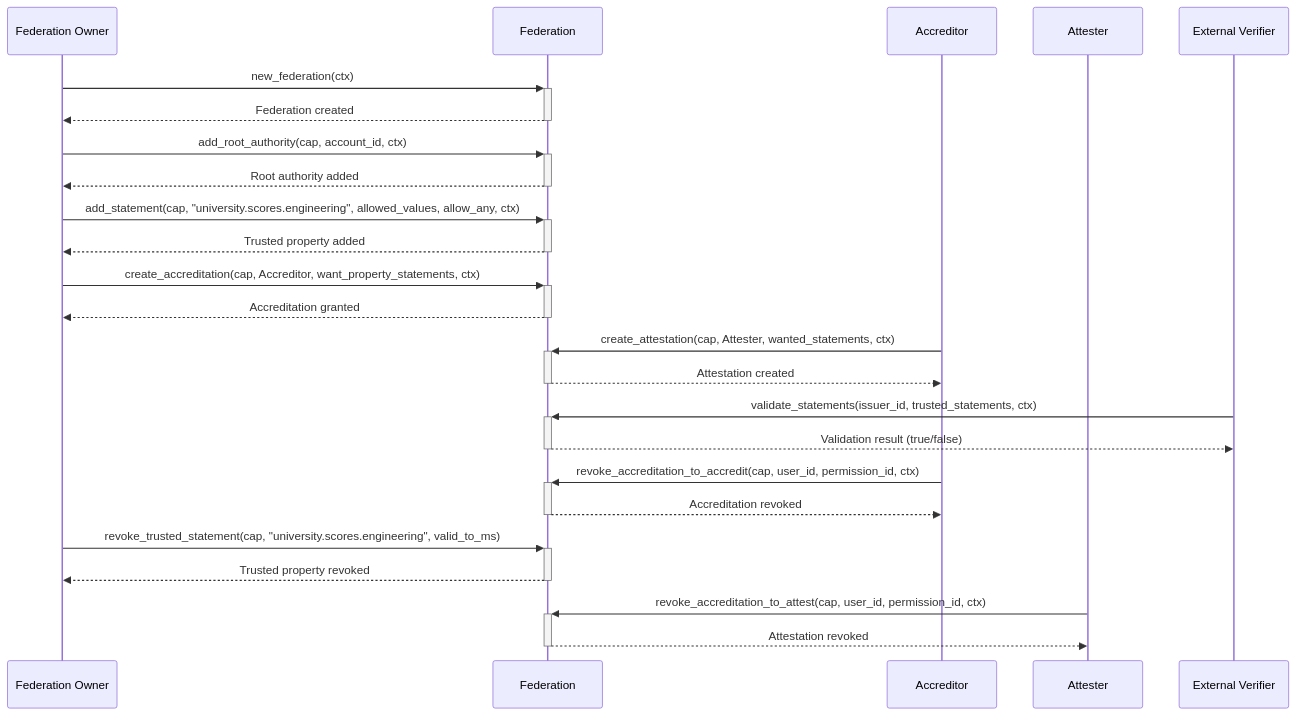
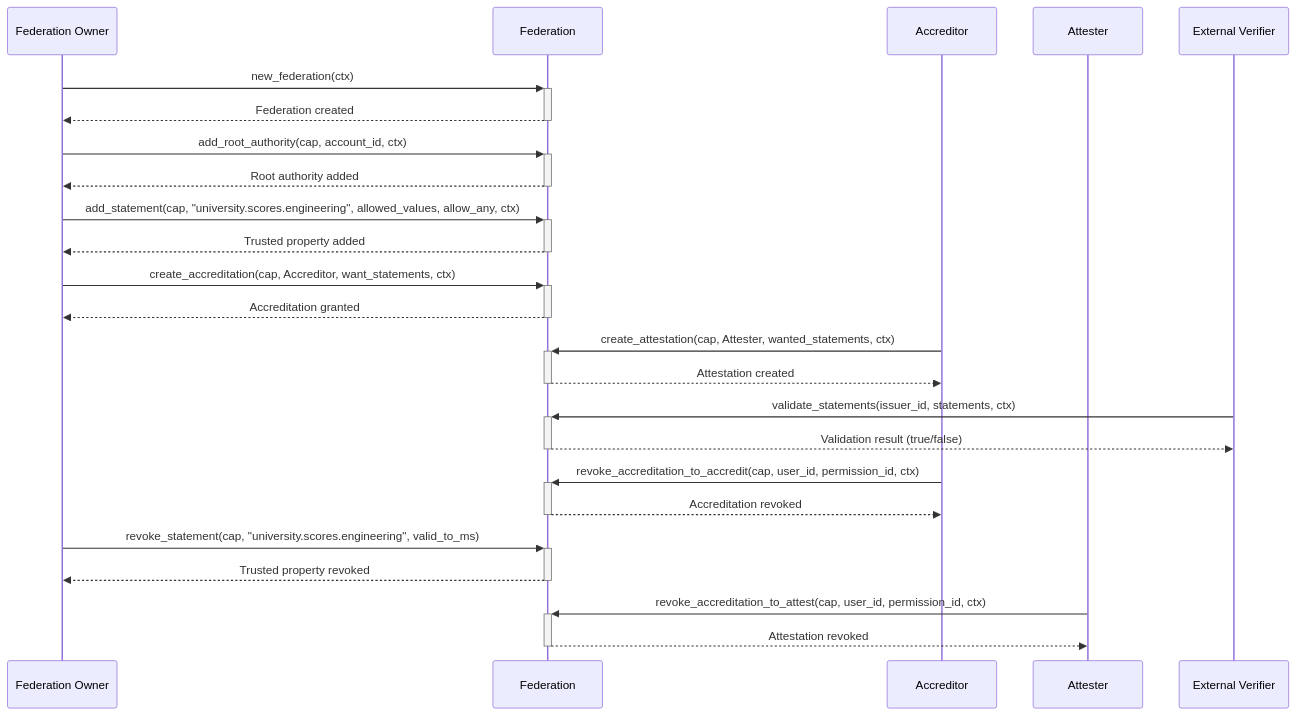
One commit to iotaledger/hierarchies changed the third of 3 diagrams in README.md. Above: the diagram before and after it, drawn with Mermaid. The commit also changed other lines of this file and 28 other files, not shown here.

````diff
--- a/README.md
+++ b/README.md
@@ -259,35 +259,35 @@
 ```mermaid
 sequenceDiagram
     participant FederationOwner as Federation Owner
     participant Federation
     participant Accreditor
     participant Attester
     participant Verifier as External Verifier
 
     FederationOwner->>+Federation: new_federation(ctx)
     Federation-->>-FederationOwner: Federation created
 
     FederationOwner->>+Federation: add_root_authority(cap, account_id, ctx)
     Federation-->>-FederationOwner: Root authority added
 
     FederationOwner->>+Federation: add_statement(cap, "university.scores.engineering", allowed_values, allow_any, ctx)
     Federation-->>-FederationOwner: Trusted property added
 
-    FederationOwner->>+Federation: create_accreditation(cap, Accreditor, want_property_statements, ctx)
+    FederationOwner->>+Federation: create_accreditation(cap, Accreditor, want_statements, ctx)
     Federation-->>-FederationOwner: Accreditation granted
 
     Accreditor->>+Federation: create_attestation(cap, Attester, wanted_statements, ctx)
     Federation-->>-Accreditor: Attestation created
 
-    Verifier->>+Federation: validate_statements(issuer_id, trusted_statements, ctx)
+    Verifier->>+Federation: validate_statements(issuer_id, statements, ctx)
     Federation-->>-Verifier: Validation result (true/false)
 
     Accreditor->>+Federation: revoke_accreditation_to_accredit(cap, user_id, permission_id, ctx)
     Federation-->>-Accreditor: Accreditation revoked
 
-    FederationOwner->>+Federation: revoke_trusted_statement(cap, "university.scores.engineering", valid_to_ms)
+    FederationOwner->>+Federation: revoke_statement(cap, "university.scores.engineering", valid_to_ms)
     Federation-->>-FederationOwner: Trusted property revoked
 
     Attester->>+Federation: revoke_accreditation_to_attest(cap, user_id, permission_id, ctx)
     Federation-->>-Attester: Attestation revoked
 ```
````
